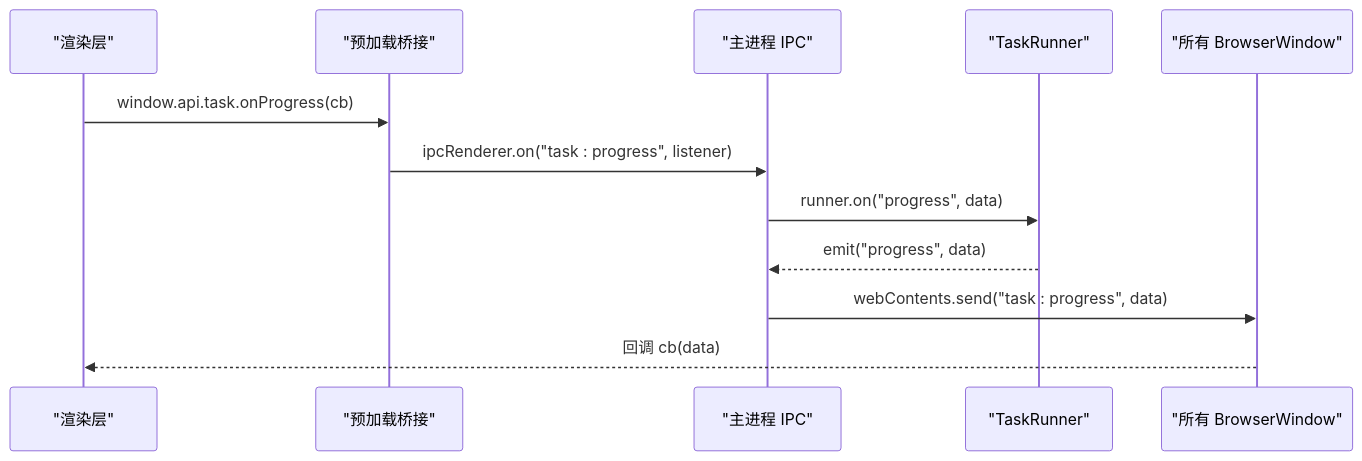
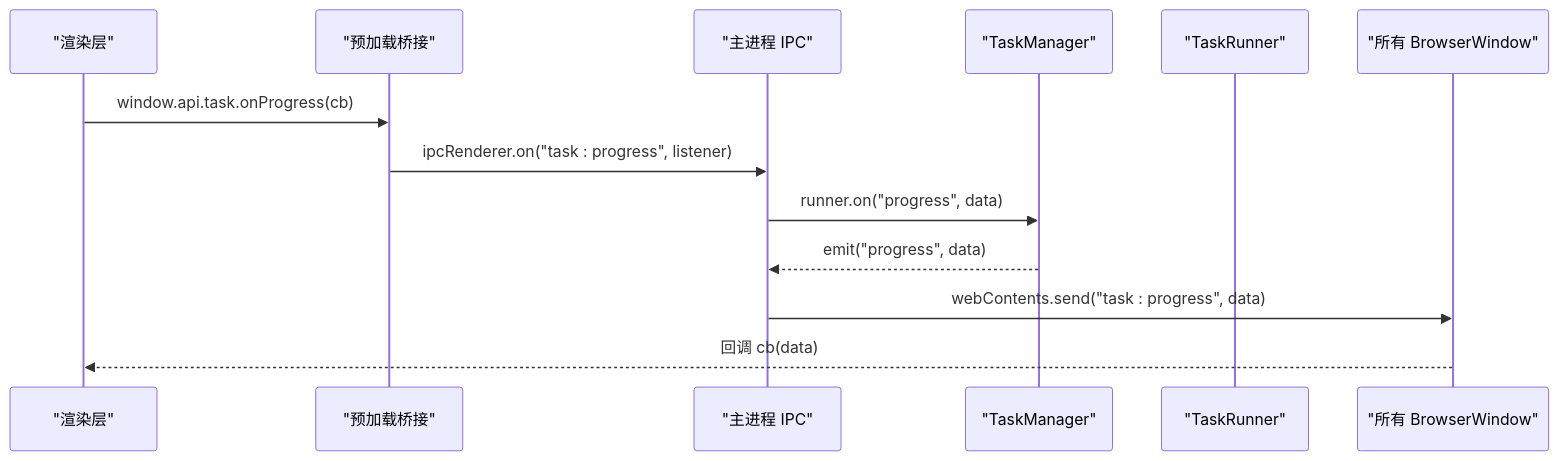
The fifth of 6 diagrams in .qoder/repowiki/zh/content/状态管理/任务状态管理.md (hipig/autoOps), drawn with Mermaid before and after one commit. The commit also changed other lines of this file and 37 other files, not shown here.

````diff
--- a/.qoder/repowiki/zh/content/状态管理/任务状态管理.md
+++ b/.qoder/repowiki/zh/content/状态管理/任务状态管理.md
@@ -227,14 +295,15 @@
 ```mermaid
 sequenceDiagram
 participant Renderer as "渲染层"
 participant Preload as "预加载桥接"
 participant MainIPC as "主进程 IPC"
+participant Manager as "TaskManager"
 participant Runner as "TaskRunner"
 participant Windows as "所有 BrowserWindow"
 Renderer->>Preload : window.api.task.onProgress(cb)
 Preload->>MainIPC : ipcRenderer.on("task : progress", listener)
-MainIPC->>Runner : runner.on("progress", data)
-Runner-->>MainIPC : emit("progress", data)
+MainIPC->>Manager : runner.on("progress", data)
+Manager-->>MainIPC : emit("progress", data)
 MainIPC->>Windows : webContents.send("task : progress", data)
 Windows-->>Renderer : 回调 cb(data)
 ```
````
